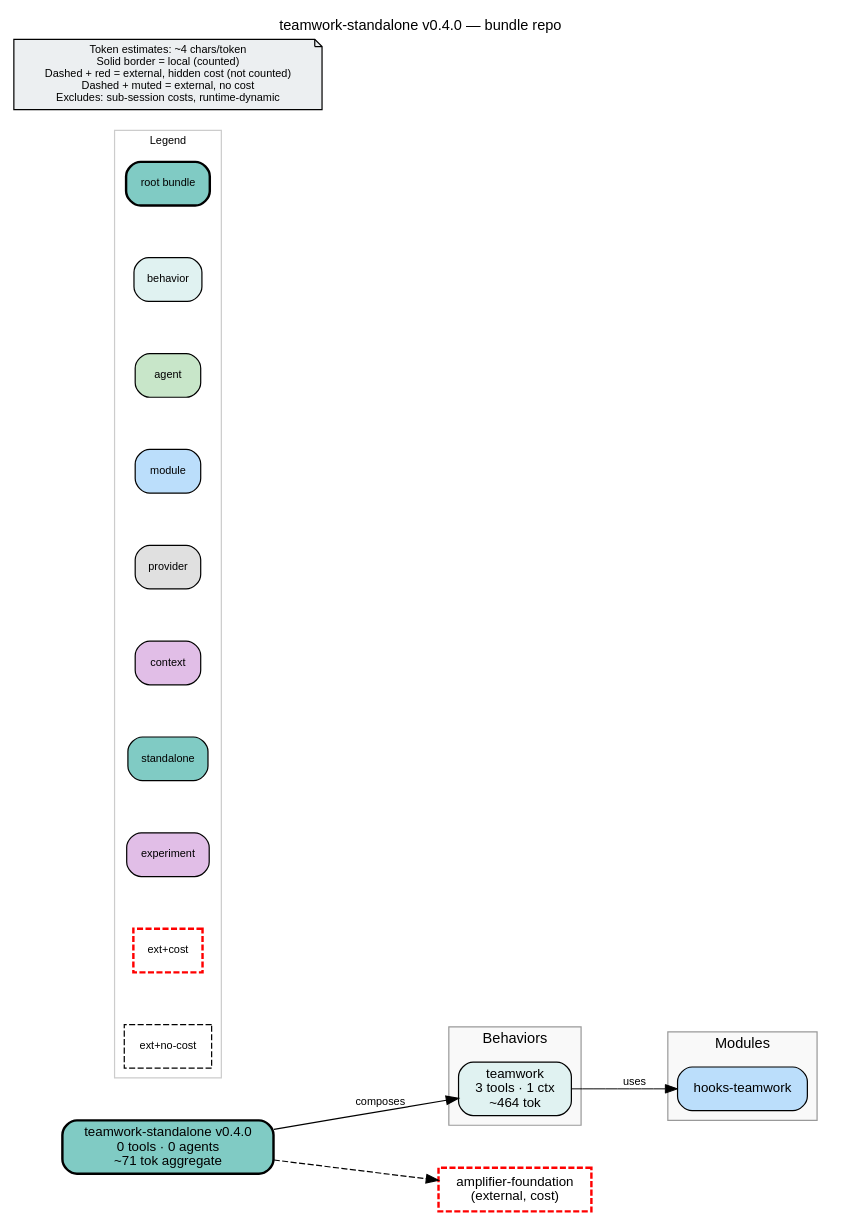
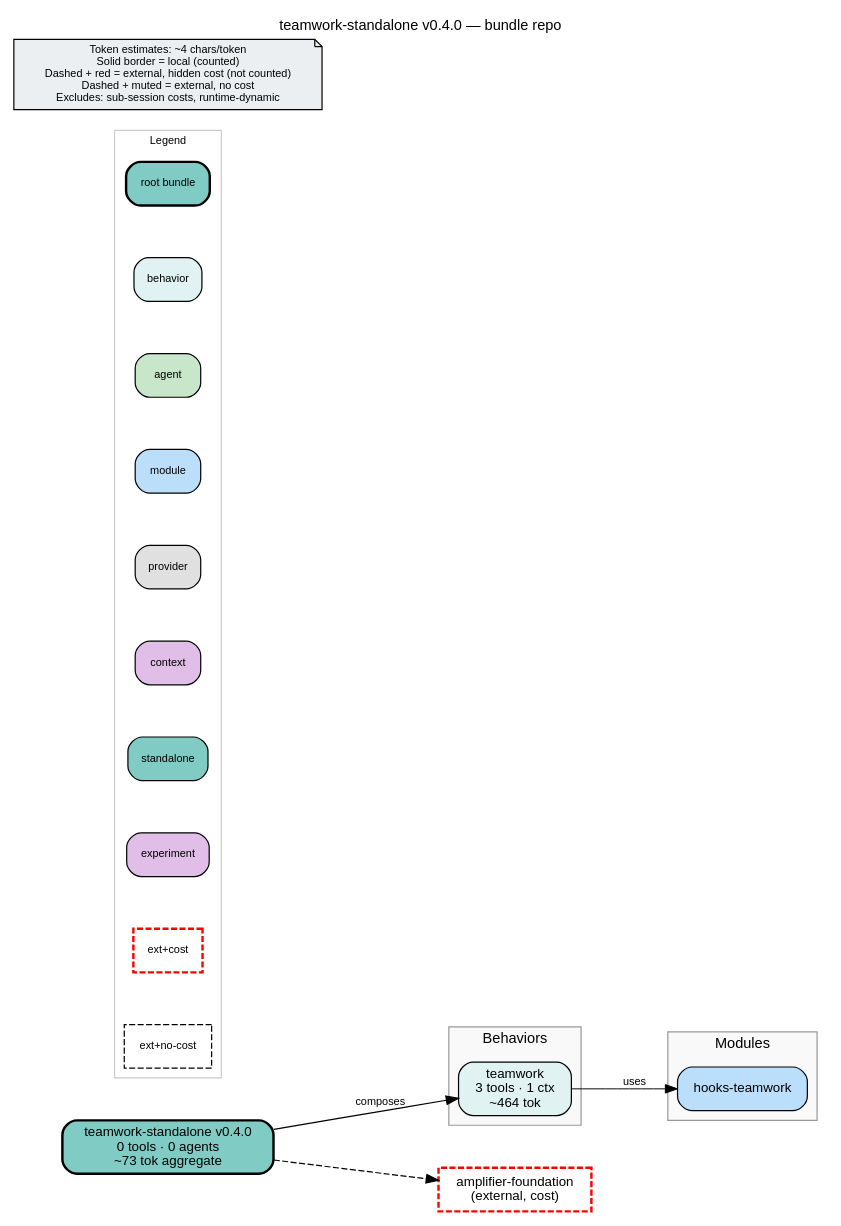
Before and after one commit to michaeljabbour/amplifier-bundle-teamwork: the diagram in bundle.dot, drawn with Graphviz. The commit also changed 5 other files, not shown here.

```diff
--- a/bundle.dot
+++ b/bundle.dot
@@ -1,62 +1,62 @@
 digraph teamwork_standalone {
     rankdir=LR
     fontname="Helvetica"
     fontsize=12
     label="teamwork-standalone v0.4.0 — bundle repo"
     labelloc=t
     labeljust=c
     nodesep=0.6
     ranksep=0.7
     bgcolor="white"
-    source_hash="b66cdc2e0fc6b68744eeab3f682b39f7d01c18b2244c017688c97c7a67b27a98"
+    source_hash="f2d3c350fecac006cb5fa7d58ec6ee845b34854a8b48cc9ebcaff0dac97c03a5"
 
     node [fontname="Helvetica", fontsize=11, style="filled,rounded"]
     edge [fontname="Helvetica", fontsize=9]
 
-    root_teamwork_standalone [label="teamwork-standalone v0.4.0\n0 tools · 0 agents\n~71 tok aggregate", shape=box, fillcolor="#80cbc4", style="filled,rounded,bold", penwidth=2]
+    root_teamwork_standalone [label="teamwork-standalone v0.4.0\n0 tools · 0 agents\n~73 tok aggregate", shape=box, fillcolor="#80cbc4", style="filled,rounded,bold", penwidth=2]
 
     subgraph cluster_behaviors {
         label="Behaviors"
         style="filled"
         fillcolor="#f9f9f9"
         color="#999999"
 
         beh_teamwork [label="teamwork\n3 tools · 1 ctx\n~464 tok", shape=box, fillcolor="#e0f2f1", style="filled,rounded"]
     }
 
     subgraph cluster_modules {
         label="Modules"
         style="filled"
         fillcolor="#f9f9f9"
         color="#999999"
 
         mod_hooks_teamwork [label="hooks-teamwork", shape=box, fillcolor="#bbdefb", style="filled,rounded"]
     }
 
     subgraph cluster_legend {
         label="Legend"
         style="filled"
         fillcolor="white"
         color="#cccccc"
         fontsize=9
 
         leg_root [label="root bundle", shape=box, fillcolor="#80cbc4", style="filled,rounded,bold", fontsize=9]
         leg_behavior [label="behavior", shape=box, fillcolor="#e0f2f1", style="filled,rounded", fontsize=9]
         leg_agent [label="agent", shape=box, fillcolor="#c8e6c9", style="filled,rounded", fontsize=9]
         leg_module [label="module", shape=box, fillcolor="#bbdefb", style="filled,rounded", fontsize=9]
         leg_provider [label="provider", shape=box, fillcolor="#e0e0e0", style="filled,rounded", fontsize=9]
         leg_context [label="context", shape=box, fillcolor="#e1bee7", style="filled,rounded", fontsize=9]
         leg_standalone [label="standalone", shape=box, fillcolor="#80cbc4", style="filled,rounded", fontsize=9]
         leg_experiment [label="experiment", shape=box, fillcolor="#e1bee7", style="filled,rounded", fontsize=9]
         leg_ext_cost [label="ext+cost", shape=box, fillcolor="#80cbc4", style="dashed", color="red", penwidth=2, fontsize=9]
         leg_ext_muted [label="ext+no-cost", shape=box, fillcolor="#f5f5f5", style="dashed", fontsize=9]
     }
 
     disclaimer [label="Token estimates: ~4 chars/token\nSolid border = local (counted)\nDashed + red = external, hidden cost (not counted)\nDashed + muted = external, no cost\nExcludes: sub-session costs, runtime-dynamic", shape=note, fillcolor="#eceff1", style="filled", fontsize=9]
 
     ext_githttps___github_com_microsoft_amplifier_foundation_main [label="amplifier-foundation\n(external, cost)", shape=box, fillcolor="#80cbc4", style="dashed", color="red", penwidth=2]
 
     root_teamwork_standalone -> ext_githttps___github_com_microsoft_amplifier_foundation_main [style=dashed]
     root_teamwork_standalone -> beh_teamwork [label="composes"]
     beh_teamwork -> mod_hooks_teamwork [label="uses", penwidth=0.8]
 }
```
